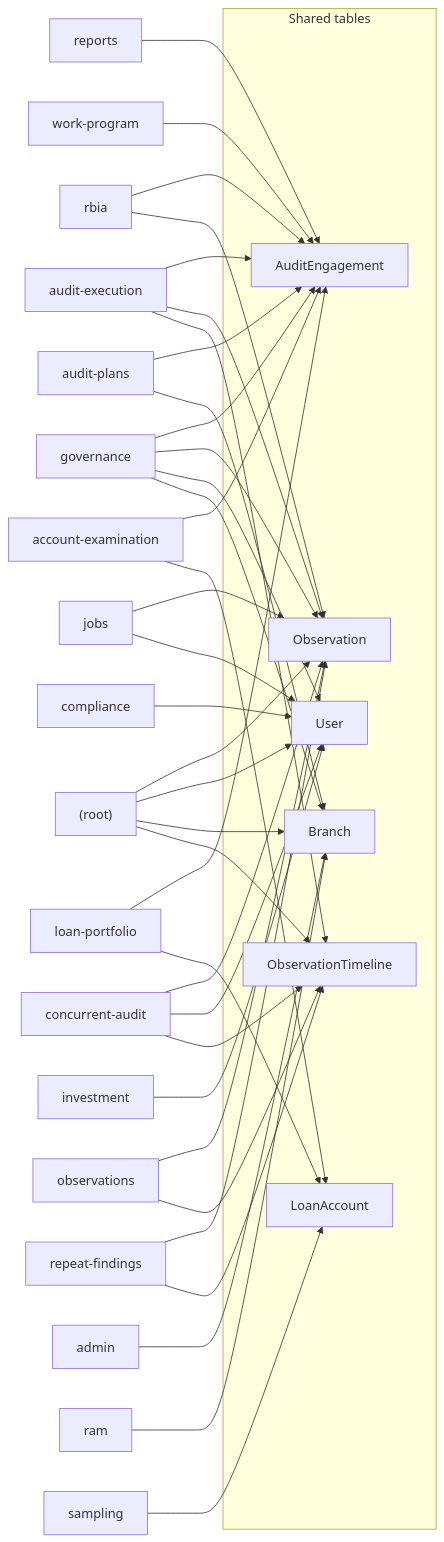
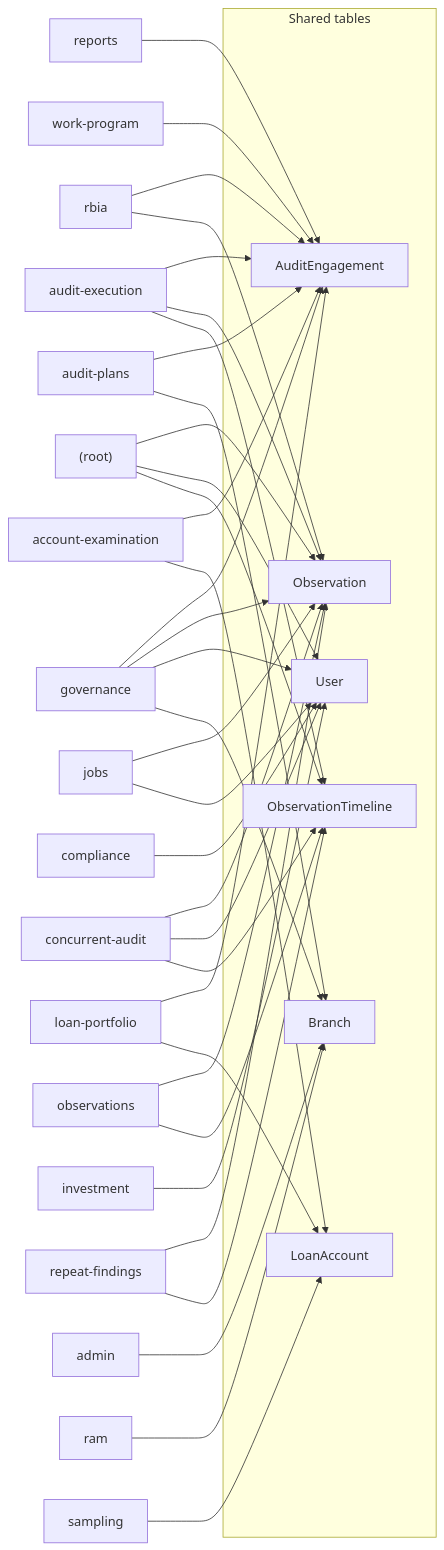
One commit to naveenchhikara/AEGIS changed the first of 3 diagrams in docs/reference/data-flows.md. Above: the diagram before and after it, drawn with Mermaid. The commit also changed other lines of this file and 9 other files, not shown here.

````diff
--- a/docs/reference/data-flows.md
+++ b/docs/reference/data-flows.md
@@ -84,64 +84,63 @@
 ```mermaid
 flowchart LR
     subgraph hubs [Shared tables]
         T_AuditEngagement["AuditEngagement"]
         T_Observation["Observation"]
         T_User["User"]
+        T_ObservationTimeline["ObservationTimeline"]
         T_Branch["Branch"]
-        T_ObservationTimeline["ObservationTimeline"]
         T_LoanAccount["LoanAccount"]
     end
     D_account_examination["account-examination"]
     D_account_examination --> T_AuditEngagement
     D_audit_execution["audit-execution"]
     D_audit_execution --> T_AuditEngagement
     D_audit_plans["audit-plans"]
     D_audit_plans --> T_AuditEngagement
     D_governance["governance"]
     D_governance --> T_AuditEngagement
     D_loan_portfolio["loan-portfolio"]
     D_loan_portfolio --> T_AuditEngagement
     D_rbia["rbia"]
     D_rbia --> T_AuditEngagement
     D_reports["reports"]
     D_reports --> T_AuditEngagement
     D_work_program["work-program"]
     D_work_program --> T_AuditEngagement
     D__root_["(root)"]
     D__root_ --> T_Observation
     D_audit_execution --> T_Observation
     D_concurrent_audit["concurrent-audit"]
     D_concurrent_audit --> T_Observation
     D_governance --> T_Observation
     D_jobs["jobs"]
     D_jobs --> T_Observation
     D_observations["observations"]
     D_observations --> T_Observation
     D_rbia --> T_Observation
     D_repeat_findings["repeat-findings"]
     D_repeat_findings --> T_Observation
     D__root_ --> T_User
     D_compliance["compliance"]
     D_compliance --> T_User
     D_concurrent_audit --> T_User
     D_governance --> T_User
     D_investment["investment"]
     D_investment --> T_User
     D_jobs --> T_User
-    D__root_ --> T_Branch
+    D__root_ --> T_ObservationTimeline
+    D_audit_execution --> T_ObservationTimeline
+    D_concurrent_audit --> T_ObservationTimeline
+    D_observations --> T_ObservationTimeline
+    D_repeat_findings --> T_ObservationTimeline
     D_admin["admin"]
     D_admin --> T_Branch
     D_audit_plans --> T_Branch
     D_governance --> T_Branch
     D_ram["ram"]
     D_ram --> T_Branch
-    D__root_ --> T_ObservationTimeline
-    D_audit_execution --> T_ObservationTimeline
-    D_concurrent_audit --> T_ObservationTimeline
-    D_observations --> T_ObservationTimeline
-    D_repeat_findings --> T_ObservationTimeline
     D_account_examination --> T_LoanAccount
     D_loan_portfolio --> T_LoanAccount
     D_sampling["sampling"]
     D_sampling --> T_LoanAccount
 ```
````
